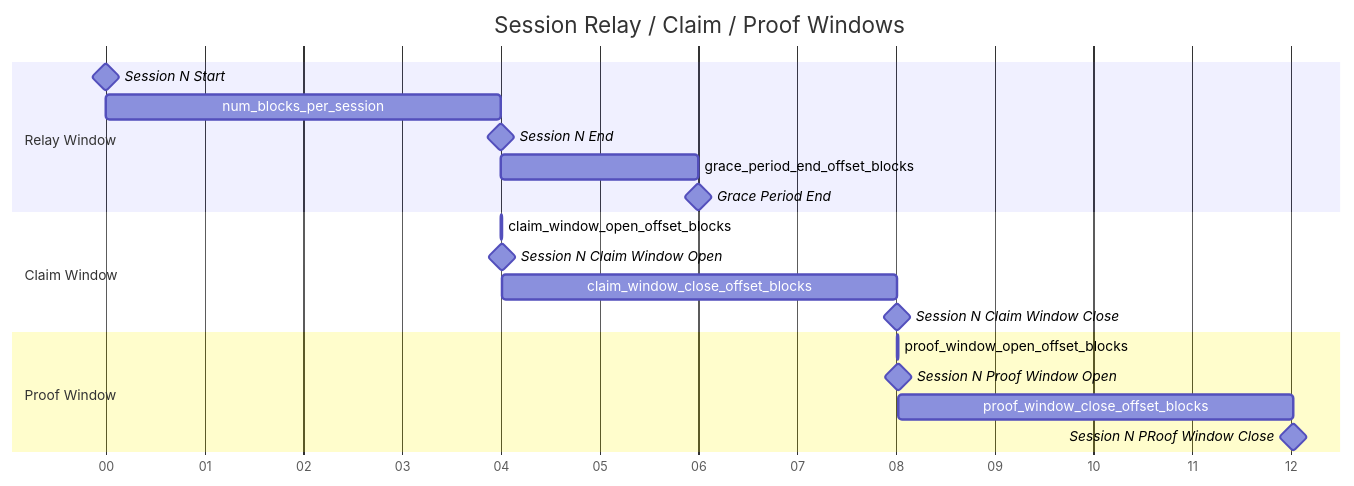
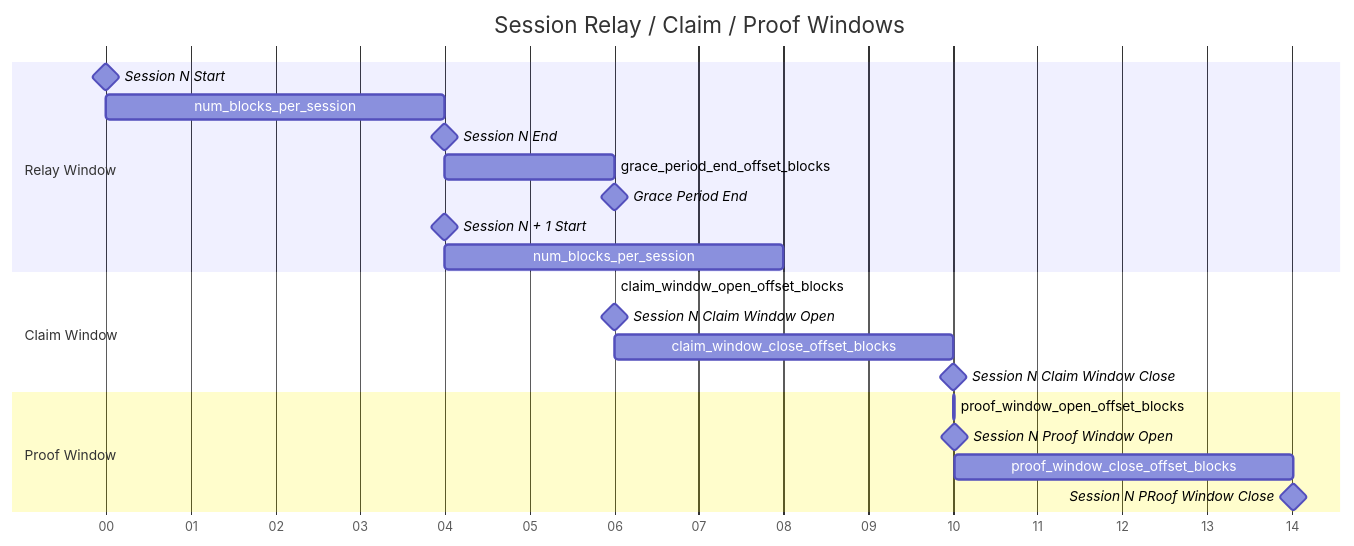
Before and after one commit to pokt-network/poktroll: the second of 17 diagrams in docusaurus/docs/protocol/primitives/claim_and_proof_lifecycle.md, drawn with Mermaid.

Commit message:
review: feedback improvement

````diff
--- a/docusaurus/docs/protocol/primitives/claim_and_proof_lifecycle.md
+++ b/docusaurus/docs/protocol/primitives/claim_and_proof_lifecycle.md
@@ -86,24 +86,27 @@
 ```mermaid
 gantt
     title Session Relay / Claim / Proof Windows
     dateFormat ss
     axisFormat %S
     tickInterval 1second
 
     section Relay Window
         Session N Start: milestone, sns, 00, 0s
         num_blocks_per_session: nbps, 00, 4s
         Session N End: milestone, sne, after nbps, 0s
         grace_period_end_offset_blocks: gpof, after sne, 2s
         Grace Period End: milestone, gpe, after gpof, 0s
+        Session N + 1 Start: milestone, sns1, after sne, 0s
+        num_blocks_per_session: nbps2, after sns1, 4s
     section Claim Window
-        claim_window_open_offset_blocks: cwob, after sne, 10ms
+        claim_window_open_offset_blocks: cwob, after gpe, 10ms
         Session N Claim Window Open: milestone, cwo, after cwob, 0s
         claim_window_close_offset_blocks: cwcb, after cwo, 4s
         Session N Claim Window Close: milestone, cwc, after cwcb, 0s
     section Proof Window
         proof_window_open_offset_blocks: pwob, after cwc, 10ms
         Session N Proof Window Open: milestone, pwo, after pwob, 0s
         proof_window_close_offset_blocks: pwcb, after pwo, 4s
         Session N PRoof Window Close: milestone, pwc, after pwcb, 0s
+
 ```
````
